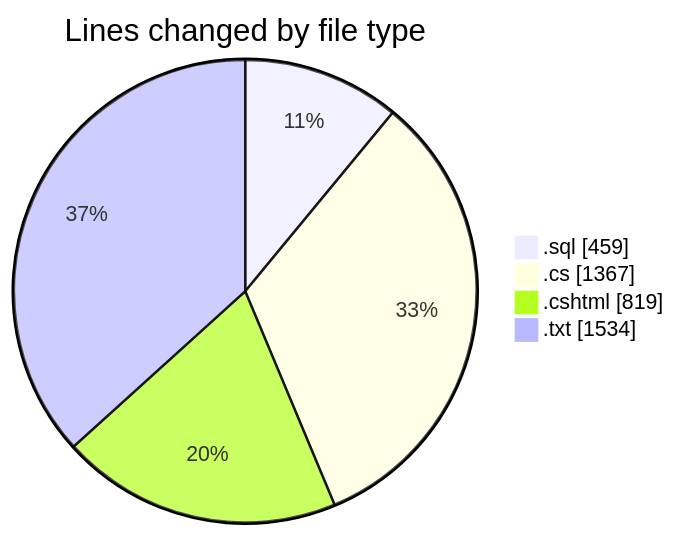
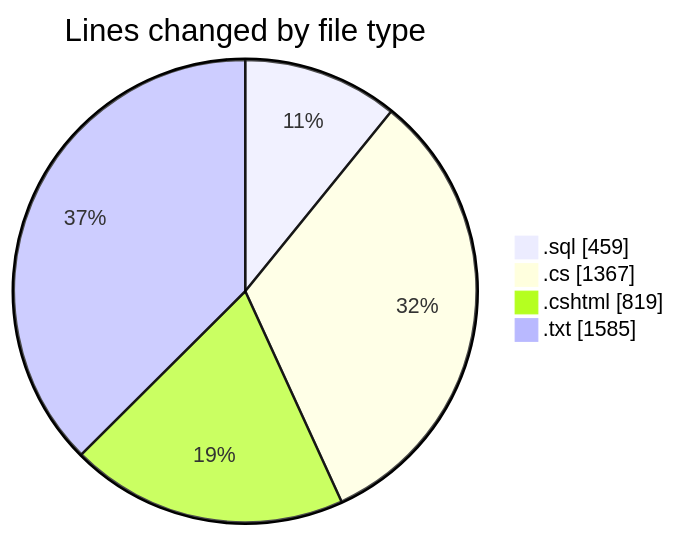
Before and after one commit to lephambinh05/code-tracking: the first of 2 diagrams in 2025-07-23/quanlyrapchieuphim/README.md, drawn with Mermaid. The commit also changed other lines of this file and 1 other file, not shown here.

````diff
--- a/2025-07-23/quanlyrapchieuphim/README.md
+++ b/2025-07-23/quanlyrapchieuphim/README.md
@@ -30,8 +30,8 @@
 ```mermaid
 pie showData
 title Lines changed by file type
 ".sql" : 459
 ".cs" : 1367
 ".cshtml" : 819
-".txt" : 1534
+".txt" : 1585
 ```
````
